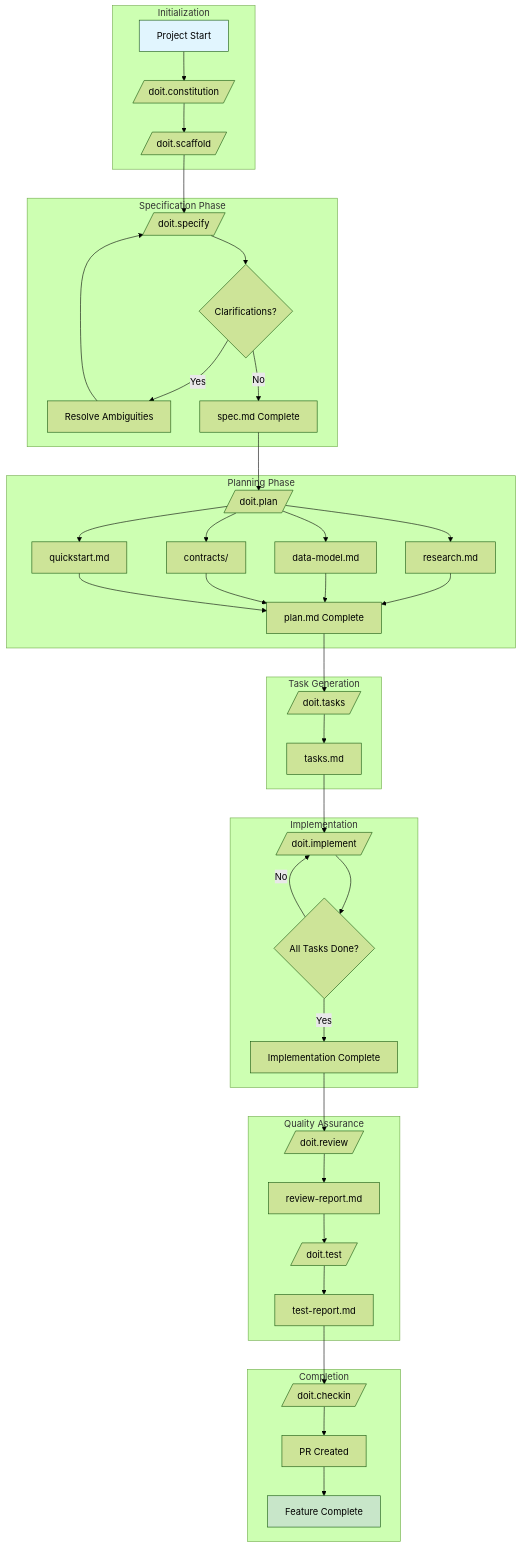
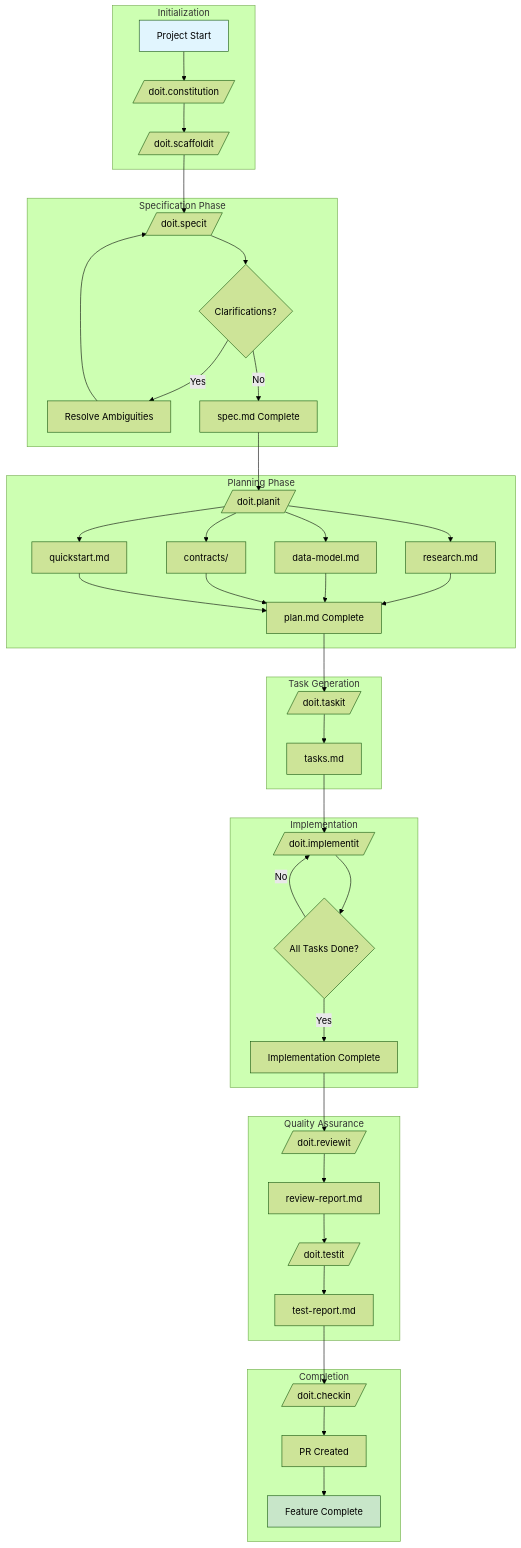
The first of 3 diagrams in docs/templates/index.md (seanbarlow/doit), drawn with Mermaid (forest theme) before and after one commit. The commit also changed other lines of this file and 43 other files, not shown here.

First line of the commit message:
feat(doit): Rename Specify CLI to Doit CLI with shorter command names

````diff
--- a/docs/templates/index.md
+++ b/docs/templates/index.md
@@ -15,52 +15,52 @@
 ```mermaid
 flowchart TD
     subgraph "Initialization"
         A[Project Start] --> B[/doit.constitution/]
-        B --> C[/doit.scaffold/]
+        B --> C[/doit.scaffoldit/]
     end
 
     subgraph "Specification Phase"
-        C --> D[/doit.specify/]
+        C --> D[/doit.specit/]
         D --> E{Clarifications?}
         E -->|Yes| F[Resolve Ambiguities]
         F --> D
         E -->|No| G[spec.md Complete]
     end
 
     subgraph "Planning Phase"
-        G --> H[/doit.plan/]
+        G --> H[/doit.planit/]
         H --> I[research.md]
         H --> J[data-model.md]
         H --> K[contracts/]
         H --> L[quickstart.md]
         I & J & K & L --> M[plan.md Complete]
     end
 
     subgraph "Task Generation"
-        M --> N[/doit.tasks/]
+        M --> N[/doit.taskit/]
         N --> O[tasks.md]
     end
 
     subgraph "Implementation"
-        O --> P[/doit.implement/]
+        O --> P[/doit.implementit/]
         P --> Q{All Tasks Done?}
         Q -->|No| P
         Q -->|Yes| R[Implementation Complete]
     end
 
     subgraph "Quality Assurance"
-        R --> S[/doit.review/]
+        R --> S[/doit.reviewit/]
         S --> T[review-report.md]
-        T --> U[/doit.test/]
+        T --> U[/doit.testit/]
         U --> V[test-report.md]
     end
 
     subgraph "Completion"
         V --> W[/doit.checkin/]
         W --> X[PR Created]
         X --> Y[Feature Complete]
     end
 
     style A fill:#e1f5fe
     style Y fill:#c8e6c9
 ```
````
